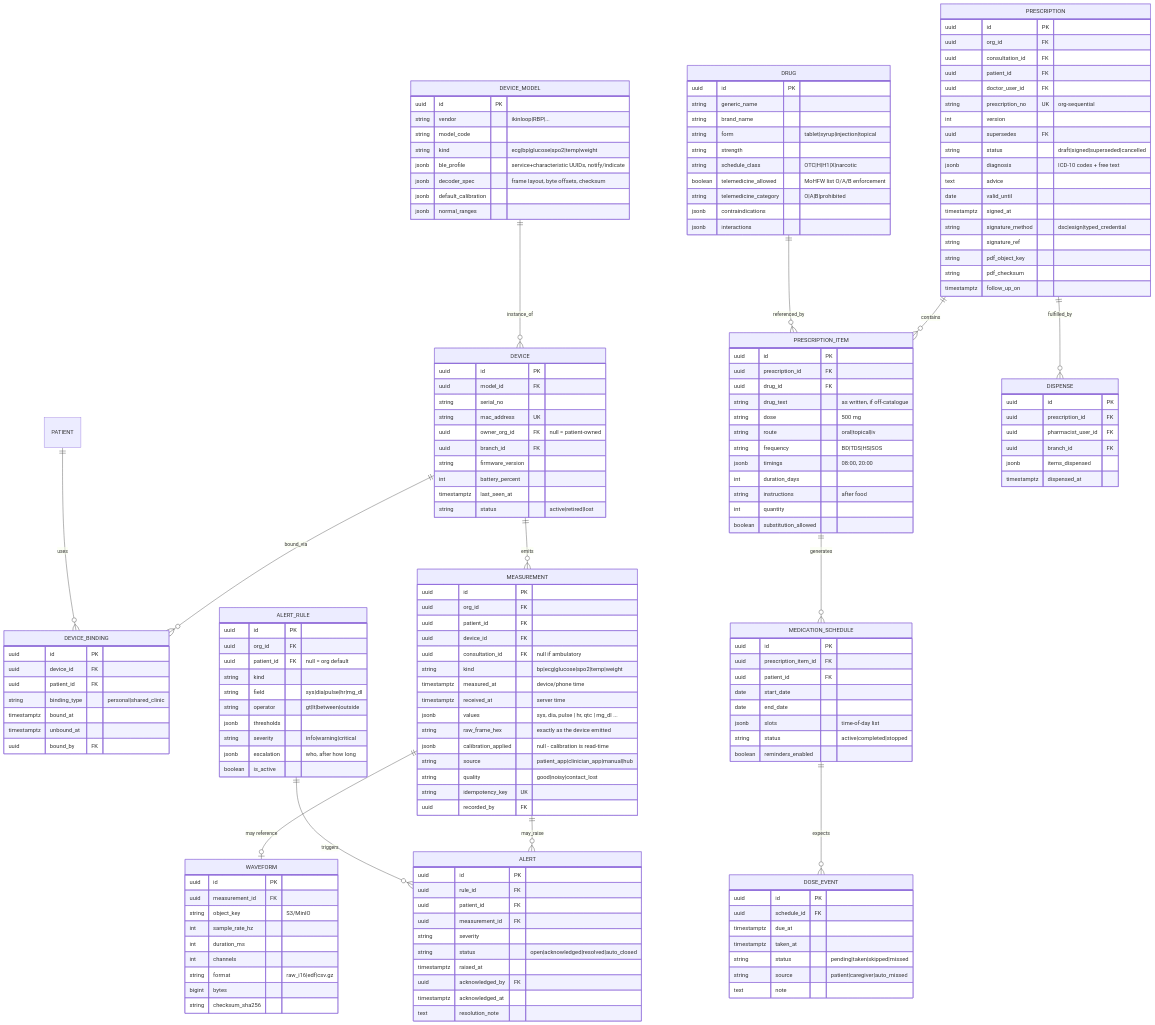
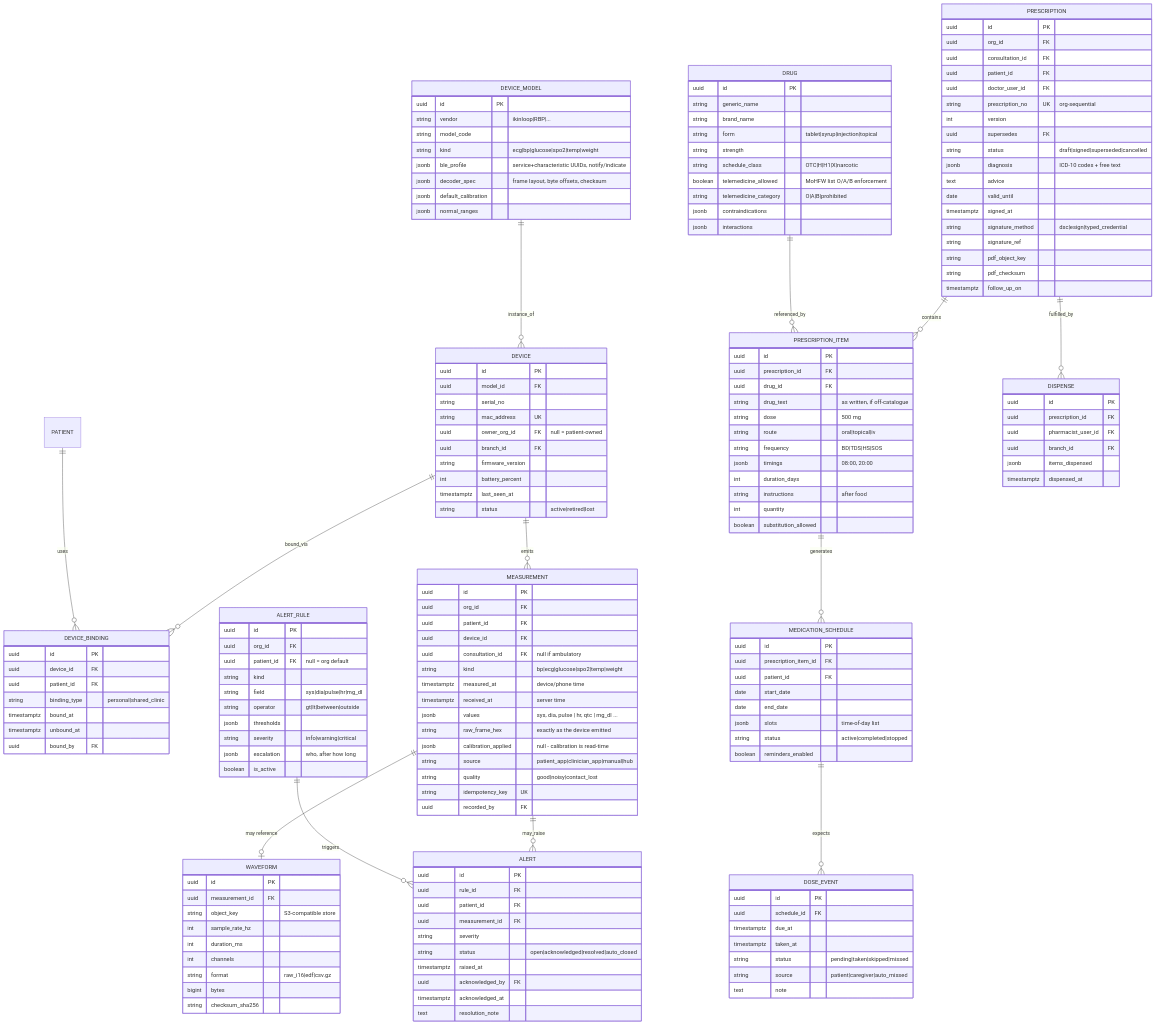
Before and after one commit to ramsayusa-git/ai-coworker: the fifth of 7 diagrams in Aetos One Medical Hub/Aetos-One-Medical-Hub-Architecture.md, drawn with Mermaid. The commit also changed other lines of this file and 31 other files, not shown here.

```diff
--- a/Aetos One Medical Hub/Aetos-One-Medical-Hub-Architecture.md
+++ b/Aetos One Medical Hub/Aetos-One-Medical-Hub-Architecture.md
@@ -705,7 +729,7 @@
     WAVEFORM {
         uuid id PK
         uuid measurement_id FK
-        string object_key "S3/MinIO"
+        string object_key "S3-compatible store"
         int sample_rate_hz
         int duration_ms
         int channels
```
